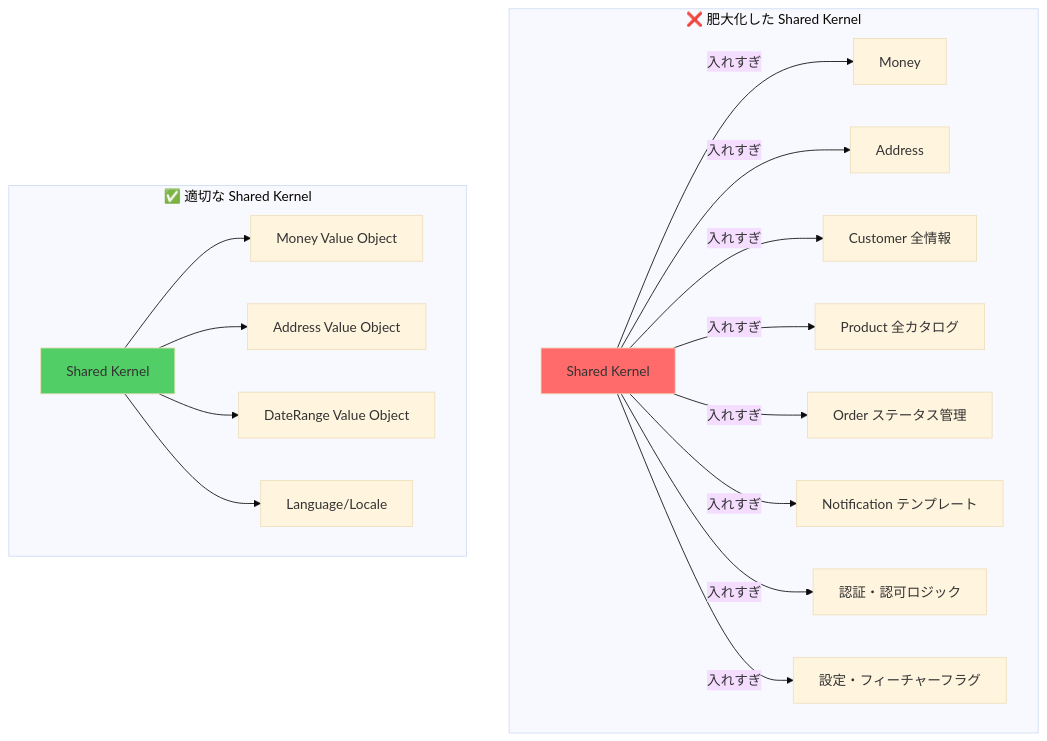
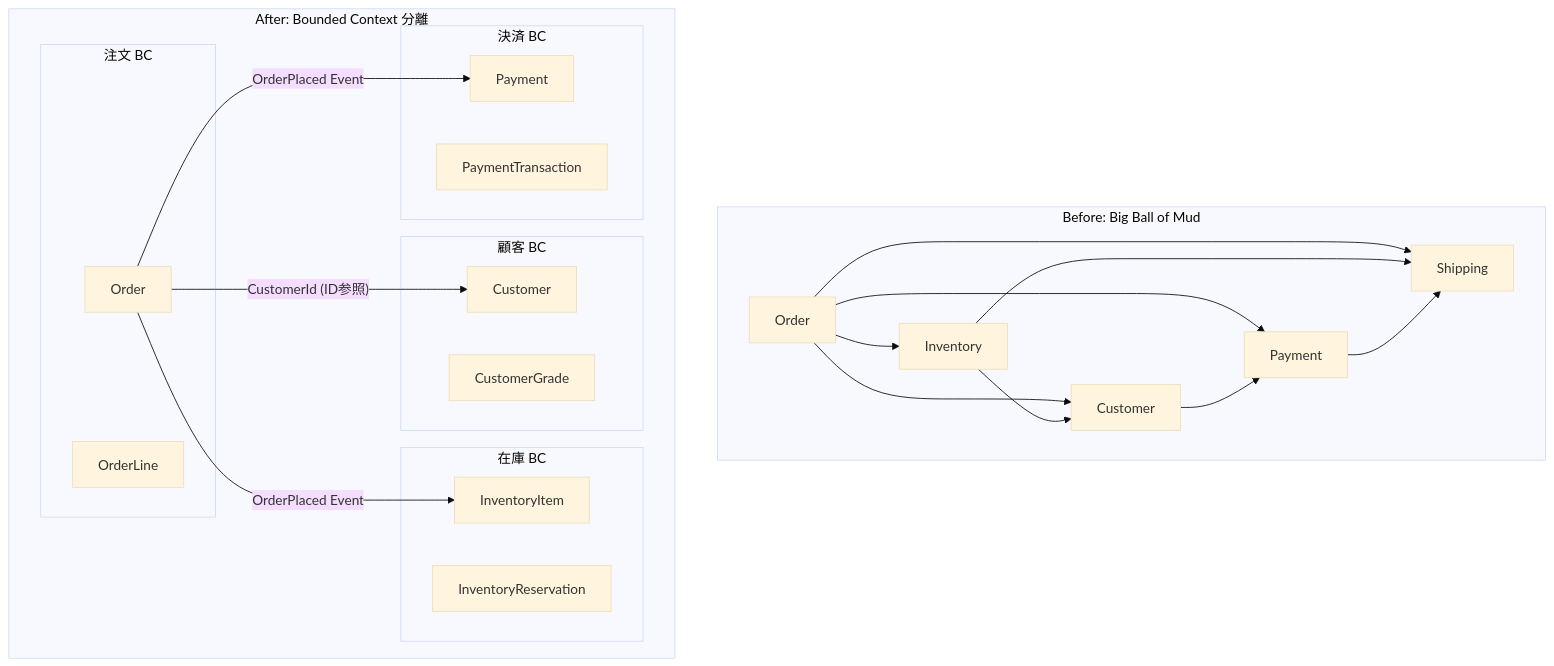
The first of 6 diagrams in books/ddd-complete-guide/20-antipatterns.md (SakakitaniJunya/zenn-articles), drawn with Mermaid (base theme) before and after one commit. The commit also changed other lines of this file, not shown here.

Commit message:
feat(ch20): アンチパターン章を91,512bytesに最終拡充（Mermaid 6枚・33チェックリスト）

````diff
--- a/books/ddd-complete-guide/20-antipatterns.md
+++ b/books/ddd-complete-guide/20-antipatterns.md
@@ -1203,23 +101,35 @@
 ```mermaid
-graph TD
-    subgraph "❌ 肥大化した Shared Kernel"
-        SK[Shared Kernel] -->|入れすぎ| M[Money]
-        SK -->|入れすぎ| A[Address]
-        SK -->|入れすぎ| C[Customer 全情報]
-        SK -->|入れすぎ| P[Product 全カタログ]
-        SK -->|入れすぎ| O[Order ステータス管理]
-        SK -->|入れすぎ| N[Notification テンプレート]
-        SK -->|入れすぎ| Auth[認証・認可ロジック]
-        SK -->|入れすぎ| Cfg[設定・フィーチャーフラグ]
+graph TB
+    subgraph "Before: Big Ball of Mud"
+        O[Order] --> C[Customer]
+        O --> I[Inventory]
+        O --> P[Payment]
+        O --> S[Shipping]
+        C --> P
+        I --> S
+        P --> S
+        I --> C
     end
 
-    subgraph "✅ 適切な Shared Kernel"
-        SK2[Shared Kernel] --> M2[Money Value Object]
-        SK2 --> A2[Address Value Object]
-        SK2 --> DR[DateRange Value Object]
-        SK2 --> LI[Language/Locale]
+    subgraph "After: Bounded Context 分離"
+        subgraph "注文 BC"
+            OBC[Order]
+            OL[OrderLine]
+        end
+        subgraph "顧客 BC"
+            CBC[Customer]
+            CG[CustomerGrade]
+        end
+        subgraph "在庫 BC"
+            IBC[InventoryItem]
+            IR[InventoryReservation]
+        end
+        subgraph "決済 BC"
+            PBC[Payment]
+            PT[PaymentTransaction]
+        end
+        OBC -- "CustomerId (ID参照)" --> CBC
+        OBC -- "OrderPlaced Event" --> IBC
+        OBC -- "OrderPlaced Event" --> PBC
     end
-
-    style SK fill:#ff6b6b
-    style SK2 fill:#51cf66
 ```
````
